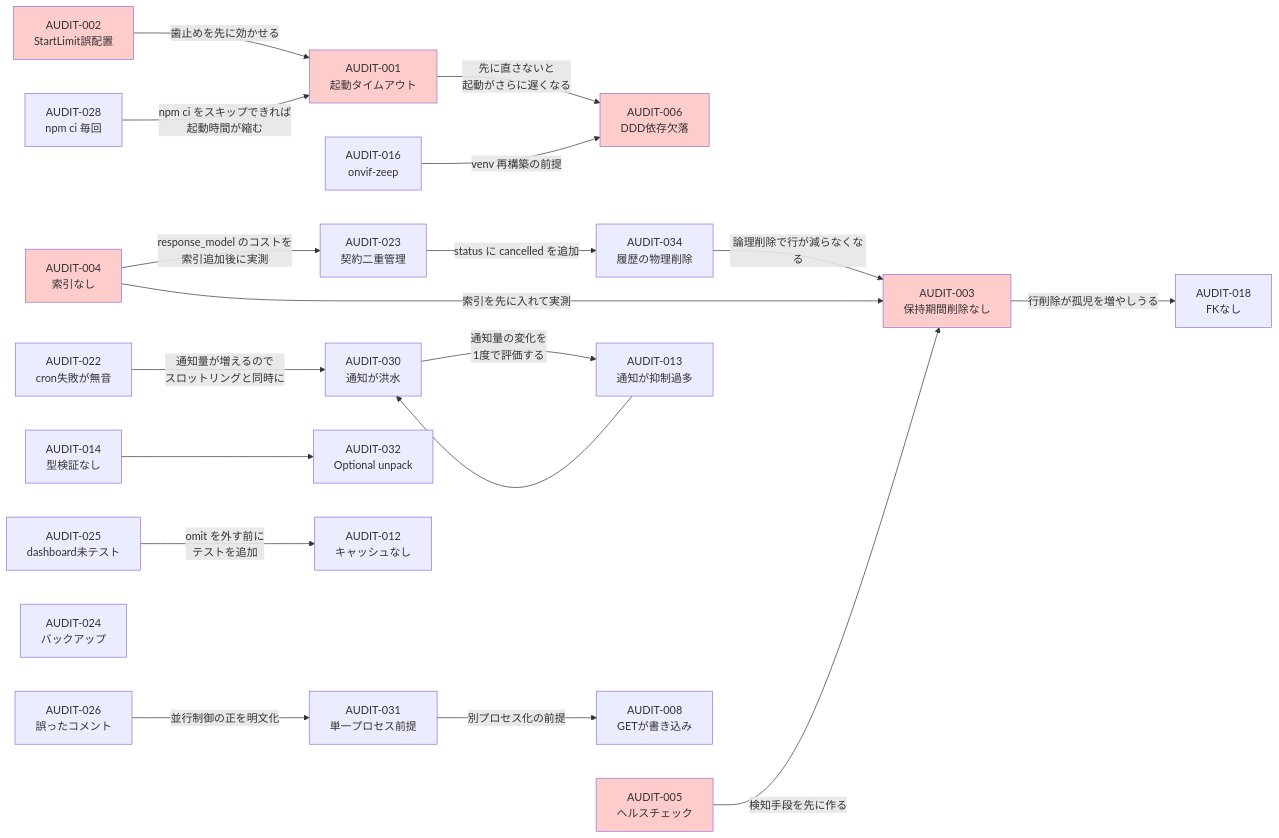
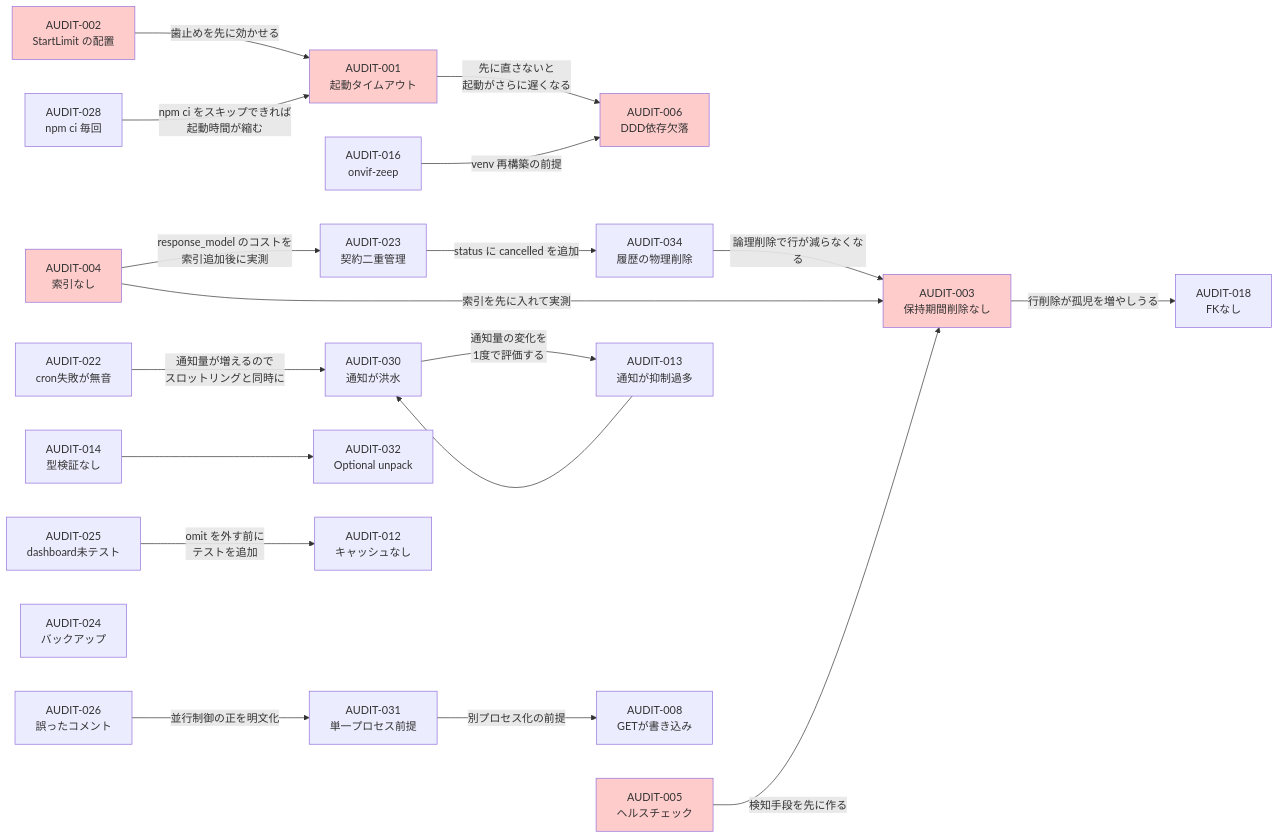
Before and after one commit to mmtigers/my_python_project: the diagram in docs/reports/REPOSITORY_AUDIT_2026-09-18_detail.md, drawn with Mermaid. The commit also changed 1 other file, not shown here.

First paragraph of the commit message:
docs(report): AUDIT-002 の断定表現をヘッジし AUDIT-001 の根拠の示し方を直す
PR #697 の Claude PR review 指摘2件への対応。

````diff
--- a/docs/reports/REPOSITORY_AUDIT_2026-09-18_detail.md
+++ b/docs/reports/REPOSITORY_AUDIT_2026-09-18_detail.md
@@ -2678,50 +2678,50 @@
 ```mermaid
 graph LR
     A001["AUDIT-001<br/>起動タイムアウト"]
-    A002["AUDIT-002<br/>StartLimit誤配置"]
+    A002["AUDIT-002<br/>StartLimit の配置"]
     A006["AUDIT-006<br/>DDD依存欠落"]
     A028["AUDIT-028<br/>npm ci 毎回"]
     A016["AUDIT-016<br/>onvif-zeep"]
     A003["AUDIT-003<br/>保持期間削除なし"]
     A004["AUDIT-004<br/>索引なし"]
     A018["AUDIT-018<br/>FKなし"]
     A034["AUDIT-034<br/>履歴の物理削除"]
     A005["AUDIT-005<br/>ヘルスチェック"]
     A022["AUDIT-022<br/>cron失敗が無音"]
     A013["AUDIT-013<br/>通知が抑制過多"]
     A030["AUDIT-030<br/>通知が洪水"]
     A008["AUDIT-008<br/>GETが書き込み"]
     A031["AUDIT-031<br/>単一プロセス前提"]
     A026["AUDIT-026<br/>誤ったコメント"]
     A023["AUDIT-023<br/>契約二重管理"]
     A014["AUDIT-014<br/>型検証なし"]
     A032["AUDIT-032<br/>Optional unpack"]
     A024["AUDIT-024<br/>バックアップ"]
     A025["AUDIT-025<br/>dashboard未テスト"]
     A012["AUDIT-012<br/>キャッシュなし"]
 
     A002 -->|"歯止めを先に効かせる"| A001
     A028 -->|"npm ci をスキップできれば<br/>起動時間が縮む"| A001
     A001 -->|"先に直さないと<br/>起動がさらに遅くなる"| A006
     A016 -->|"venv 再構築の前提"| A006
     A003 -->|"行削除が孤児を増やしうる"| A018
     A034 -->|"論理削除で行が減らなくなる"| A003
     A004 -->|"索引を先に入れて実測"| A003
     A005 -->|"検知手段を先に作る"| A003
     A013 --> A030
     A030 -->|"通知量の変化を<br/>1度で評価する"| A013
     A022 -->|"通知量が増えるので<br/>スロットリングと同時に"| A030
     A026 -->|"並行制御の正を明文化"| A031
     A031 -->|"別プロセス化の前提"| A008
     A023 -->|"status に cancelled を追加"| A034
     A014 --> A032
     A025 -->|"omit を外す前に<br/>テストを追加"| A012
     A004 -->|"response_model のコストを<br/>索引追加後に実測"| A023
 
     style A001 fill:#ffcccc
     style A002 fill:#ffcccc
     style A003 fill:#ffcccc
     style A004 fill:#ffcccc
     style A005 fill:#ffcccc
     style A006 fill:#ffcccc
 ```
````
